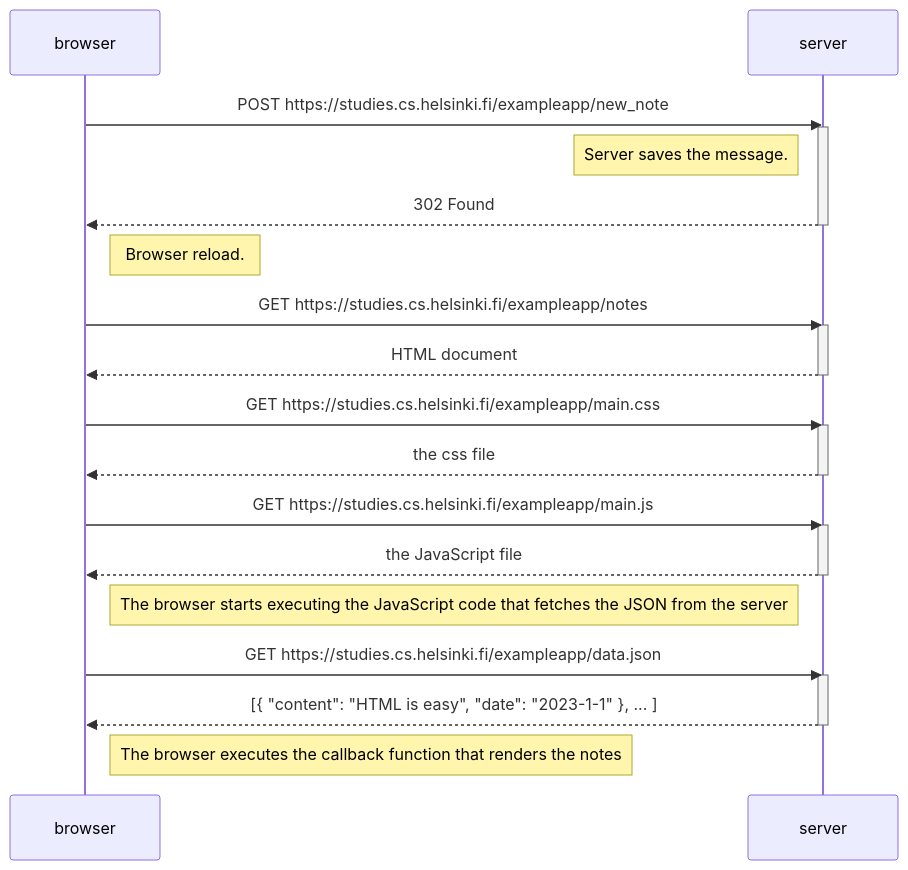
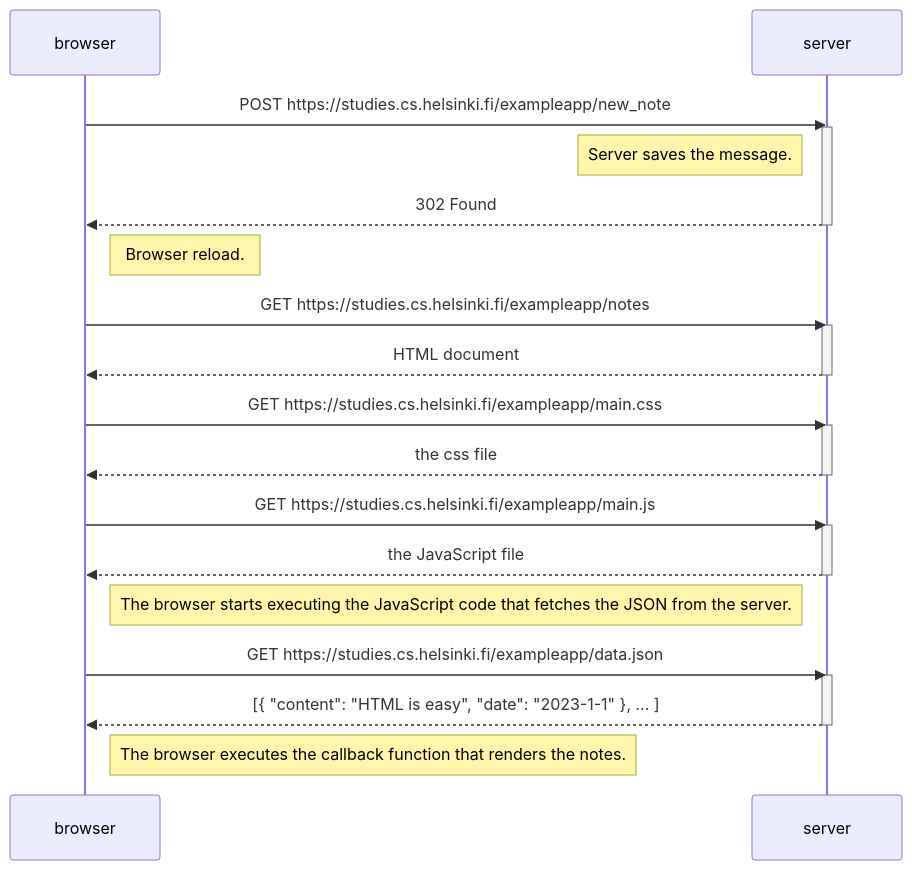
The diagram in part0/0_4_NewNoteDiagram.md (JorgSierra/FullStackOpen), drawn with Mermaid before and after one commit.

Commit message:
Minor esthetic changes

````diff
--- a/part0/0_4_NewNoteDiagram.md
+++ b/part0/0_4_NewNoteDiagram.md
@@ -1,36 +1,36 @@
 ```mermaid
 sequenceDiagram
     participant browser
     participant server
 
     browser->>server: POST https://studies.cs.helsinki.fi/exampleapp/new_note
     activate server
 	Note left of server: Server saves the message.
     server-->>browser: 302 Found 
     deactivate server
     Note right of browser: Browser reload.
 
     browser->>server: GET https://studies.cs.helsinki.fi/exampleapp/notes
     activate server
     server-->>browser: HTML document
     deactivate server
 
     browser->>server: GET https://studies.cs.helsinki.fi/exampleapp/main.css
     activate server
     server-->>browser: the css file
     deactivate server
 
     browser->>server: GET https://studies.cs.helsinki.fi/exampleapp/main.js
     activate server
     server-->>browser: the JavaScript file
     deactivate server
 
-    Note right of browser: The browser starts executing the JavaScript code that fetches the JSON from the server
+    Note right of browser: The browser starts executing the JavaScript code that fetches the JSON from the server.
 
     browser->>server: GET https://studies.cs.helsinki.fi/exampleapp/data.json
     activate server
     server-->>browser: [{ "content": "HTML is easy", "date": "2023-1-1" }, ... ]
     deactivate server
 
-    Note right of browser: The browser executes the callback function that renders the notes
+    Note right of browser: The browser executes the callback function that renders the notes.
 ```
````
